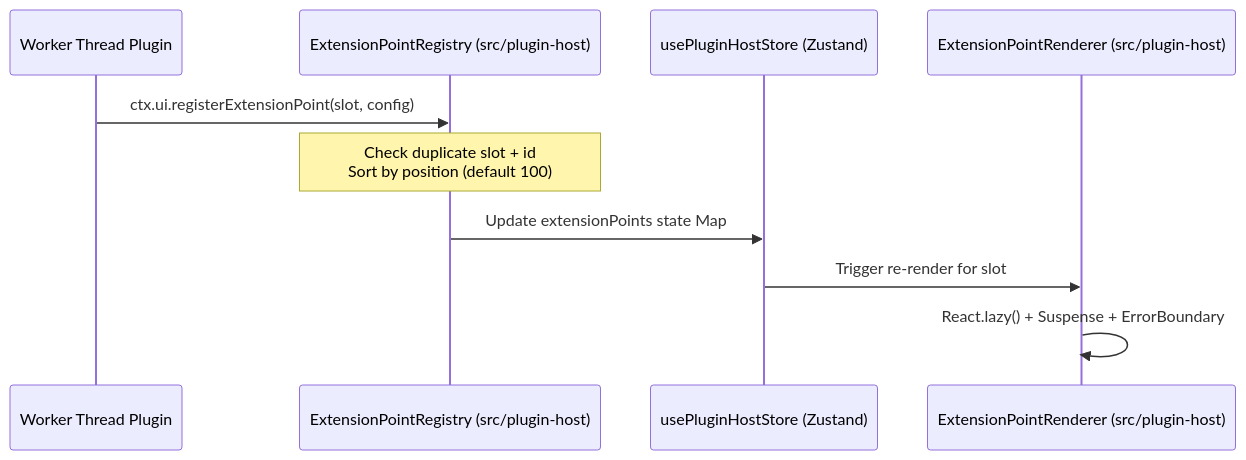
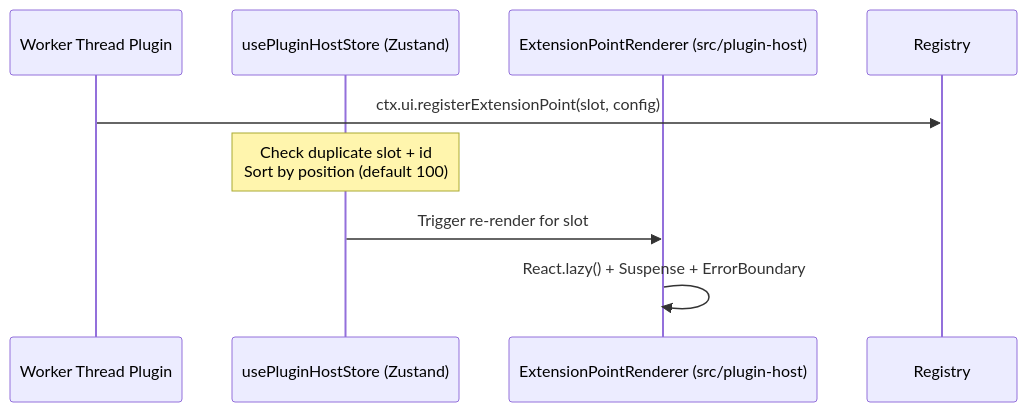
Before and after one commit to aymwoo/OpenLearn-Next-V2: the second of 5 diagrams in docs/architecture/platform-foundation-audit-report.md, drawn with Mermaid. The commit also changed other lines of this file and 126 other files, not shown here.

````diff
--- a/docs/architecture/platform-foundation-audit-report.md
+++ b/docs/architecture/platform-foundation-audit-report.md
@@ -116,13 +118,11 @@
 ```mermaid
 sequenceDiagram
     participant Plugin as Worker Thread Plugin
-    participant Registry as ExtensionPointRegistry (src/plugin-host)
     participant Store as usePluginHostStore (Zustand)
     participant Renderer as ExtensionPointRenderer (src/plugin-host)
 
     Plugin->>Registry: ctx.ui.registerExtensionPoint(slot, config)
-    Note over Registry: Check duplicate slot + id<br/>Sort by position (default 100)
-    Registry->>Store: Update extensionPoints state Map
+    Note over Store: Check duplicate slot + id<br/>Sort by position (default 100)
     Store->>Renderer: Trigger re-render for slot
     Renderer->>Renderer: React.lazy() + Suspense + ErrorBoundary
 ```
````
